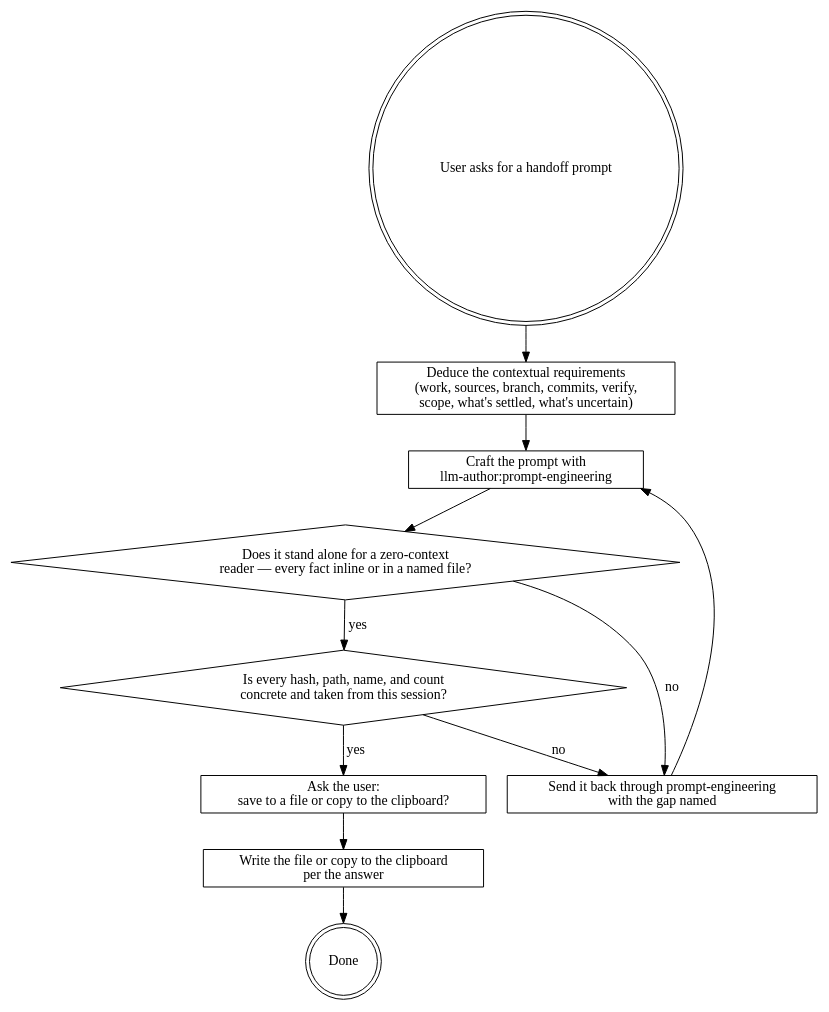
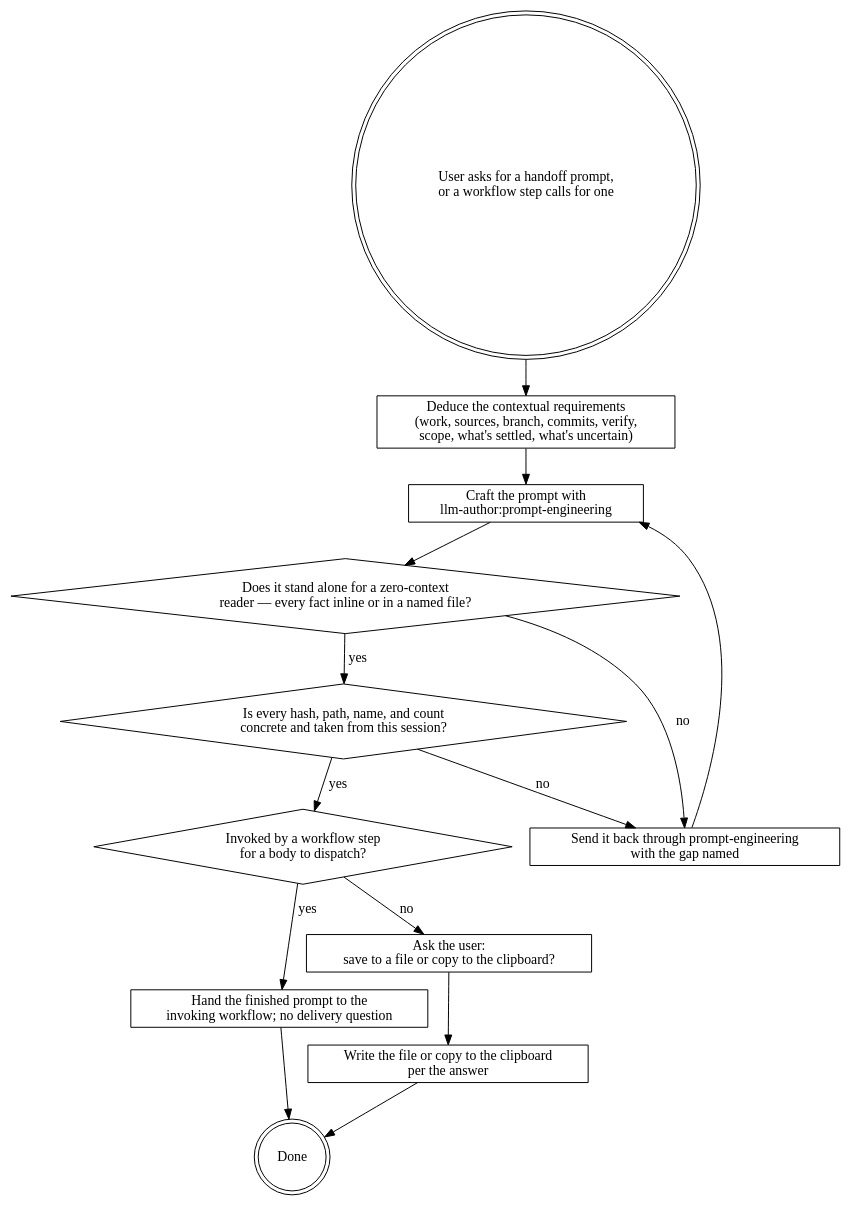
The diagram in plugins/llm-author/skills/writing-handoff-prompts/SKILL.md (it-bens/ai-tools), drawn with Graphviz before and after one commit. The commit also changed other lines of this file and 54 other files, not shown here.

````diff
--- a/plugins/llm-author/skills/writing-handoff-prompts/SKILL.md
+++ b/plugins/llm-author/skills/writing-handoff-prompts/SKILL.md
@@ -14,21 +14,26 @@
 ```dot
 digraph handoff {
-  start    [shape=doublecircle, label="User asks for a handoff prompt"];
+  start    [shape=doublecircle, label="User asks for a handoff prompt,\nor a workflow step calls for one"];
   deduce   [shape=box, label="Deduce the contextual requirements\n(work, sources, branch, commits, verify,\nscope, what's settled, what's uncertain)"];
   craft    [shape=box, label="Craft the prompt with\nllm-author:prompt-engineering"];
   ctx      [shape=diamond, label="Does it stand alone for a zero-context\nreader — every fact inline or in a named file?"];
   val      [shape=diamond, label="Is every hash, path, name, and count\nconcrete and taken from this session?"];
   fix      [shape=box, label="Send it back through prompt-engineering\nwith the gap named"];
+  caller   [shape=diamond, label="Invoked by a workflow step\nfor a body to dispatch?"];
+  return   [shape=box, label="Hand the finished prompt to the\ninvoking workflow; no delivery question"];
   ask      [shape=box, label="Ask the user:\nsave to a file or copy to the clipboard?"];
   deliver  [shape=box, label="Write the file or copy to the clipboard\nper the answer"];
   done     [shape=doublecircle, label="Done"];
 
   start -> deduce -> craft -> ctx;
   ctx -> fix [label="no"];
   fix -> craft;
   ctx -> val [label="yes"];
   val -> fix [label="no"];
-  val -> ask [label="yes"];
+  val -> caller [label="yes"];
+  caller -> return [label="yes"];
+  return -> done;
+  caller -> ask [label="no"];
   ask -> deliver -> done;
 }
 ```
````
